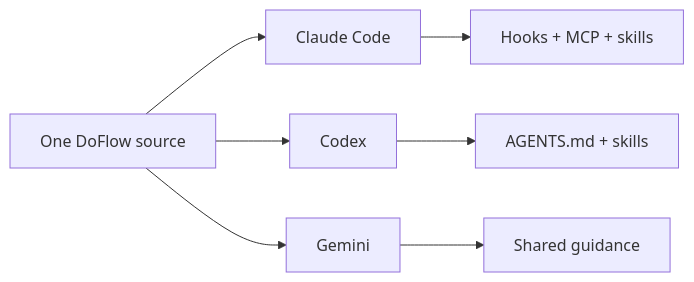
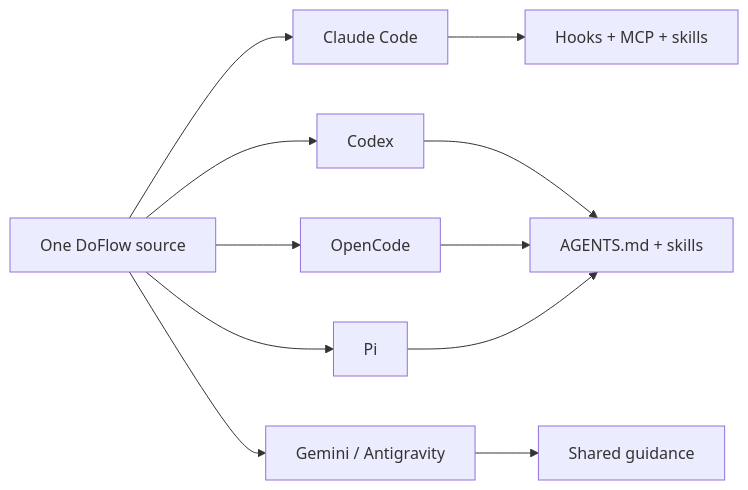
The first of 2 diagrams in README.md (khoavu882/do-flow), drawn with Mermaid before and after one commit. The commit also changed other lines of this file and 11 other files, not shown here.

````diff
--- a/README.md
+++ b/README.md
@@ -6,9 +7,13 @@
 ```mermaid
 flowchart LR
     R[One DoFlow source] --> C[Claude Code]
     R --> X[Codex]
-    R --> G[Gemini]
+    R --> G[Gemini / Antigravity]
+    R --> O[OpenCode]
+    R --> P[Pi]
     C --> H[Hooks + MCP + skills]
     X --> S[AGENTS.md + skills]
     G --> A[Shared guidance]
+    O --> S
+    P --> S
 ```
````
